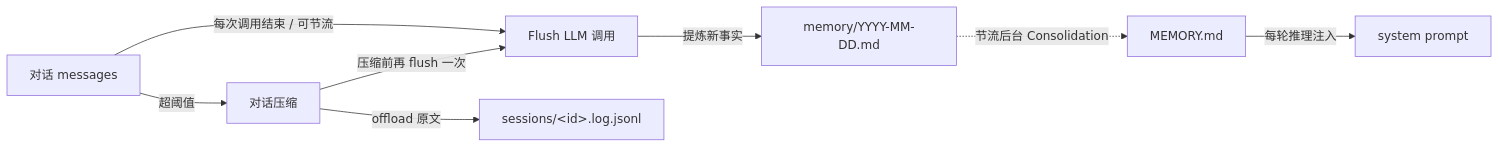
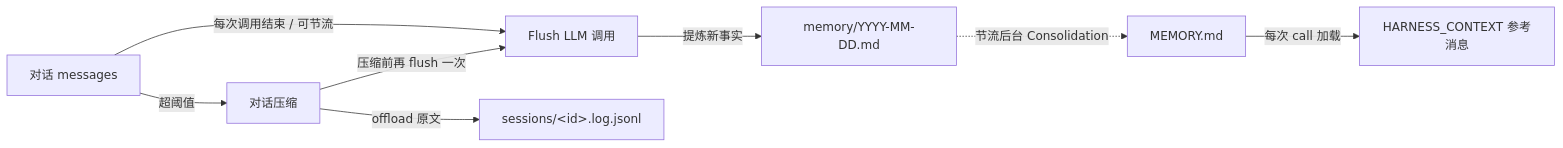
One commit to agentscope-ai/agentscope-java changed the diagram in docs/v2/zh/docs/harness/memory.md. Above: the diagram before and after it, drawn with Mermaid. The commit also changed other lines of this file and 65 other files, not shown here.

First line of the commit message:
feat(harness): add extensible context sources and optional task verification

````diff
--- a/docs/v2/zh/docs/harness/memory.md
+++ b/docs/v2/zh/docs/harness/memory.md
@@ -33,11 +33,11 @@
 ```mermaid
 graph LR
     Conv["对话 messages"]
     Conv -->|每次调用结束 / 可节流| Flush["Flush LLM 调用"]
     Flush -->|提炼新事实| Daily["memory/YYYY-MM-DD.md"]
     Conv -->|超阈值| Compactor["对话压缩"]
     Compactor -->|offload 原文| Sess["sessions/&lt;id&gt;.log.jsonl"]
     Compactor -->|压缩前再 flush 一次| Flush
     Daily -. 节流后台 Consolidation .-> MEM["MEMORY.md"]
-    MEM -->|每轮推理注入| SYS["system prompt"]
+    MEM -->|每次 call 加载| SYS["HARNESS_CONTEXT 参考消息"]
 ```
````
